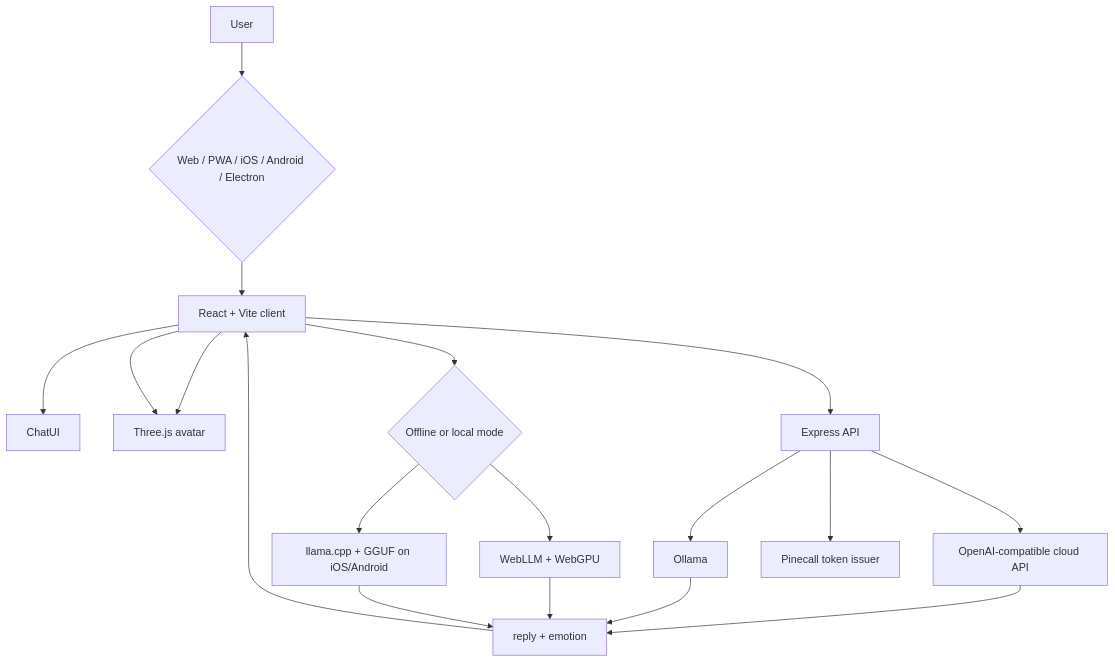
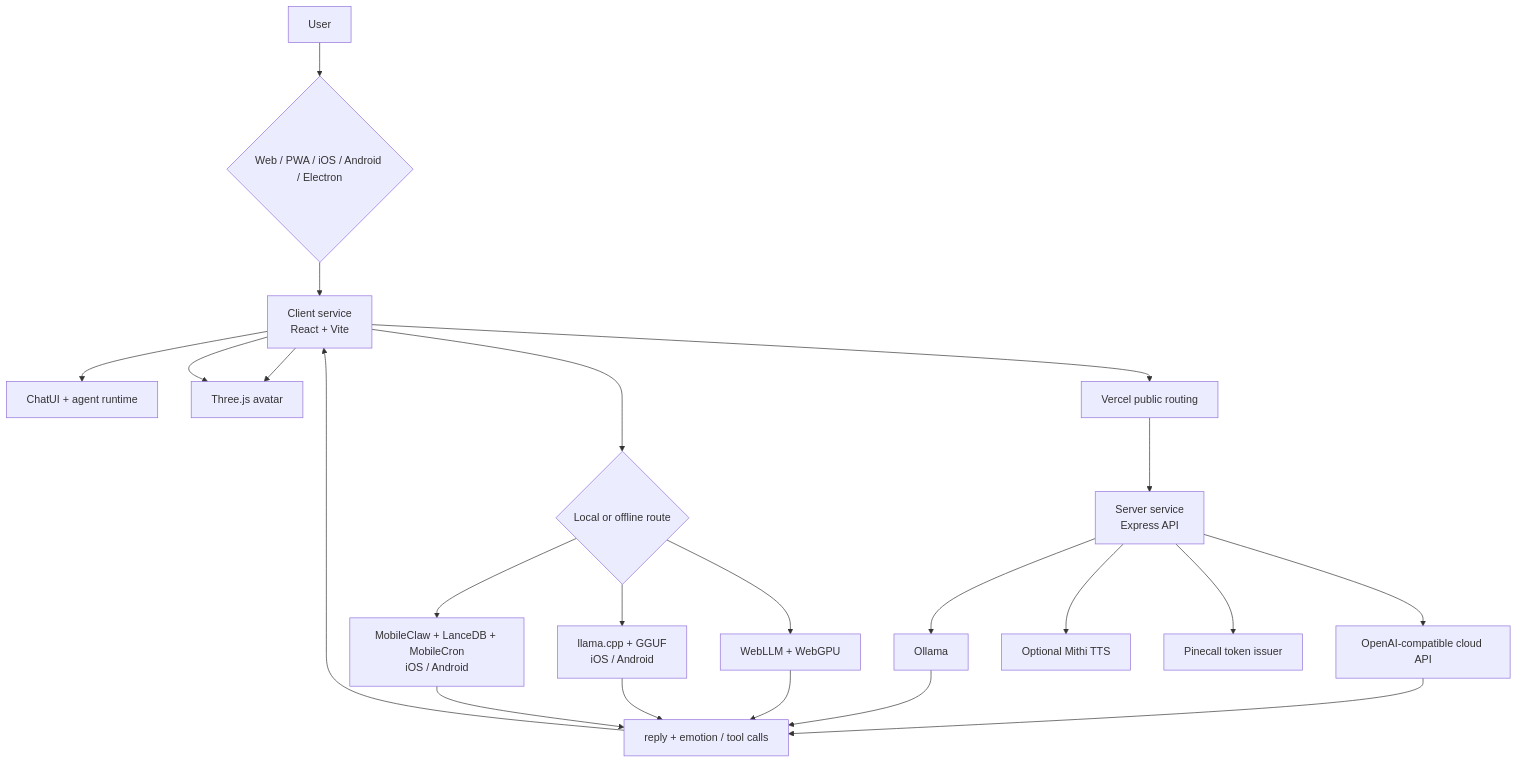
One commit to HarshTambade/Shanaya-Your-AI-companion changed the diagram in README.md. Above: the diagram before and after it, drawn with Mermaid. The commit also changed other lines of this file, not shown here.

Commit message:
feat: enhance README with Vercel service topology, CI build safeguards, and deployment instructions

````diff
--- a/README.md
+++ b/README.md
@@ -84,20 +84,24 @@
 ```mermaid
 flowchart TD
     User["User"] --> Surface{"Web / PWA / iOS / Android / Electron"}
-    Surface --> Client["React + Vite client"]
-    Client --> UI["ChatUI"]
+    Surface --> Client["Client service<br/>React + Vite"]
+    Client --> UI["ChatUI + agent runtime"]
     Client --> Avatar["Three.js avatar"]
-    Client --> Local{"Offline or local mode"}
-    Client --> API["Express API"]
+    Client --> Local{"Local or offline route"}
+    Client --> Vercel["Vercel public routing"]
+    Vercel --> API["Server service<br/>Express API"]
     Local --> WebLLM["WebLLM + WebGPU"]
-    Local --> Llama["llama.cpp + GGUF on iOS/Android"]
+    Local --> Llama["llama.cpp + GGUF<br/>iOS / Android"]
+    Local --> NativeAgent["MobileClaw + LanceDB + MobileCron<br/>iOS / Android"]
     API --> Cloud["OpenAI-compatible cloud API"]
     API --> Ollama["Ollama"]
+    API --> TTS["Optional Mithi TTS"]
     API --> Pinecall["Pinecall token issuer"]
-    Cloud --> Result["reply + emotion"]
+    Cloud --> Result["reply + emotion / tool calls"]
     Ollama --> Result
     WebLLM --> Result
     Llama --> Result
+    NativeAgent --> Result
     Result --> Client
     Client --> Avatar
 ```
````
